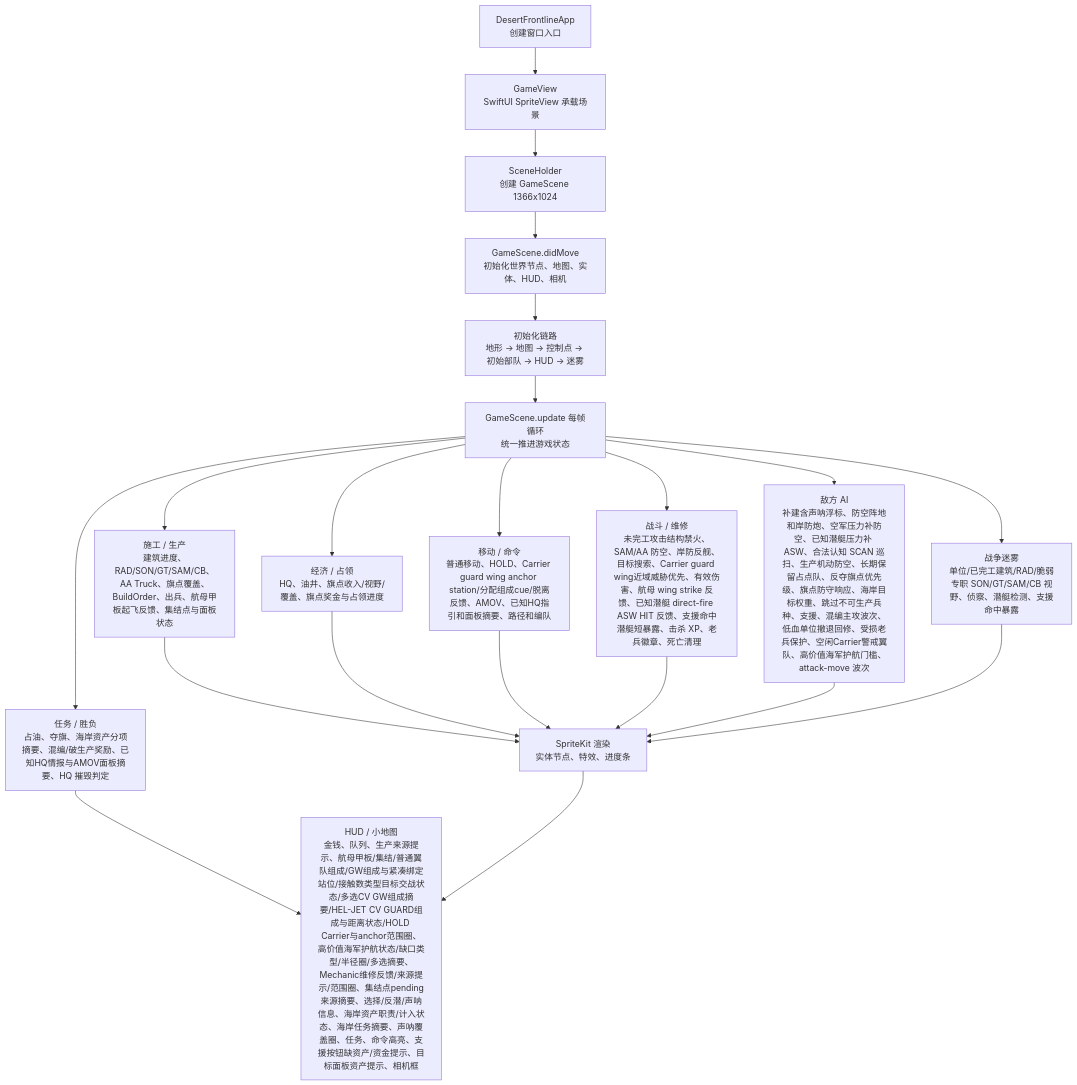
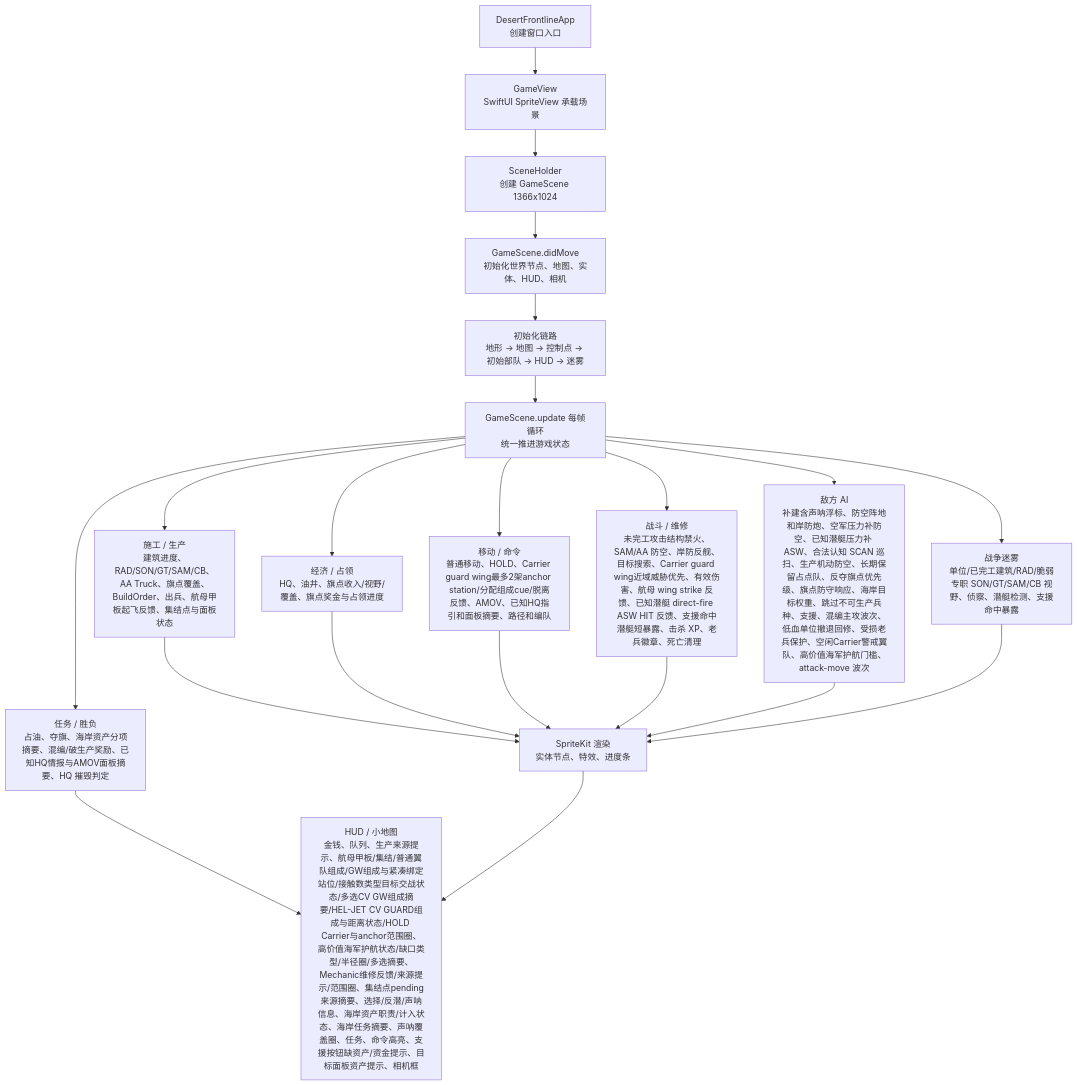
One commit to Altman-sam114/1145 changed the first of 3 diagrams in md/flow/flowchart.md. Above: the diagram before and after it, drawn with Mermaid. The commit also changed 4 other files, not shown here.

````diff
--- a/md/flow/flowchart.md
+++ b/md/flow/flowchart.md
@@ -9,23 +9,23 @@
 ```mermaid
 flowchart TD
   App["DesertFrontlineApp\n创建窗口入口"] --> View["GameView\nSwiftUI SpriteView 承载场景"]
   View --> Holder["SceneHolder\n创建 GameScene 1366x1024"]
   Holder --> Scene["GameScene.didMove\n初始化世界节点、地图、实体、HUD、相机"]
   Scene --> Init["初始化链路\n地形 -> 地图 -> 控制点 -> 初始部队 -> HUD -> 迷雾"]
   Init --> Loop["GameScene.update 每帧循环\n统一推进游戏状态"]
   Loop --> Build["施工 / 生产\n建筑进度、RAD/SON/GT/SAM/CB、AA Truck、旗点覆盖、BuildOrder、出兵、航母甲板起飞反馈、集结点与面板状态"]
   Loop --> Economy["经济 / 占领\nHQ、油井、旗点收入/视野/覆盖、旗点奖金与占领进度"]
-  Loop --> Commands["移动 / 命令\n普通移动、HOLD、Carrier guard wing anchor station/分配组成cue/脱离反馈、AMOV、已知HQ指引和面板摘要、路径和编队"]
+  Loop --> Commands["移动 / 命令\n普通移动、HOLD、Carrier guard wing最多2架anchor station/分配组成cue/脱离反馈、AMOV、已知HQ指引和面板摘要、路径和编队"]
   Loop --> Combat["战斗 / 维修\n未完工攻击结构禁火、SAM/AA 防空、岸防反舰、目标搜索、Carrier guard wing近域威胁优先、有效伤害、航母 wing strike 反馈、已知潜艇 direct-fire ASW HIT 反馈、支援命中潜艇短暴露、击杀 XP、老兵徽章、死亡清理"]
   Loop --> AI["敌方 AI\n补建含声呐浮标、防空阵地和岸防炮、空军压力补防空、已知潜艇压力补 ASW、合法认知 SCAN 巡扫、生产机动防空、长期保留占点队、反夺旗点优先级、旗点防守响应、海岸目标权重、跳过不可生产兵种、支援、混编主攻波次、低血单位撤退回修、受损老兵保护、空闲Carrier警戒翼队、高价值海军护航门槛、attack-move 波次"]
   Loop --> Fog["战争迷雾\n单位/已完工建筑/RAD/脆弱专职 SON/GT/SAM/CB 视野、侦察、潜艇检测、支援命中暴露"]
   Loop --> Mission["任务 / 胜负\n占油、夺旗、海岸资产分项摘要、混编/破生产奖励、已知HQ情报与AMOV面板摘要、HQ 摧毁判定"]
   Build --> Render["SpriteKit 渲染\n实体节点、特效、进度条"]
   Economy --> Render
   Commands --> Render
   Combat --> Render
   AI --> Render
   Fog --> Render
   Mission --> HUD["HUD / 小地图\n金钱、队列、生产来源提示、航母甲板/集结/普通翼队组成/GW组成与紧凑绑定站位/接触数类型目标交战状态/多选CV GW组成摘要/HEL-JET CV GUARD组成与距离状态/HOLD Carrier与anchor范围圈、高价值海军护航状态/缺口类型/半径圈/多选摘要、Mechanic维修反馈/来源提示/范围圈、集结点pending来源摘要、选择/反潜/声呐信息、海岸资产职责/计入状态、海岸任务摘要、声呐覆盖圈、任务、命令高亮、支援按钮缺资产/资金提示、目标面板资产提示、相机框"]
   Render --> HUD
 ```
````
